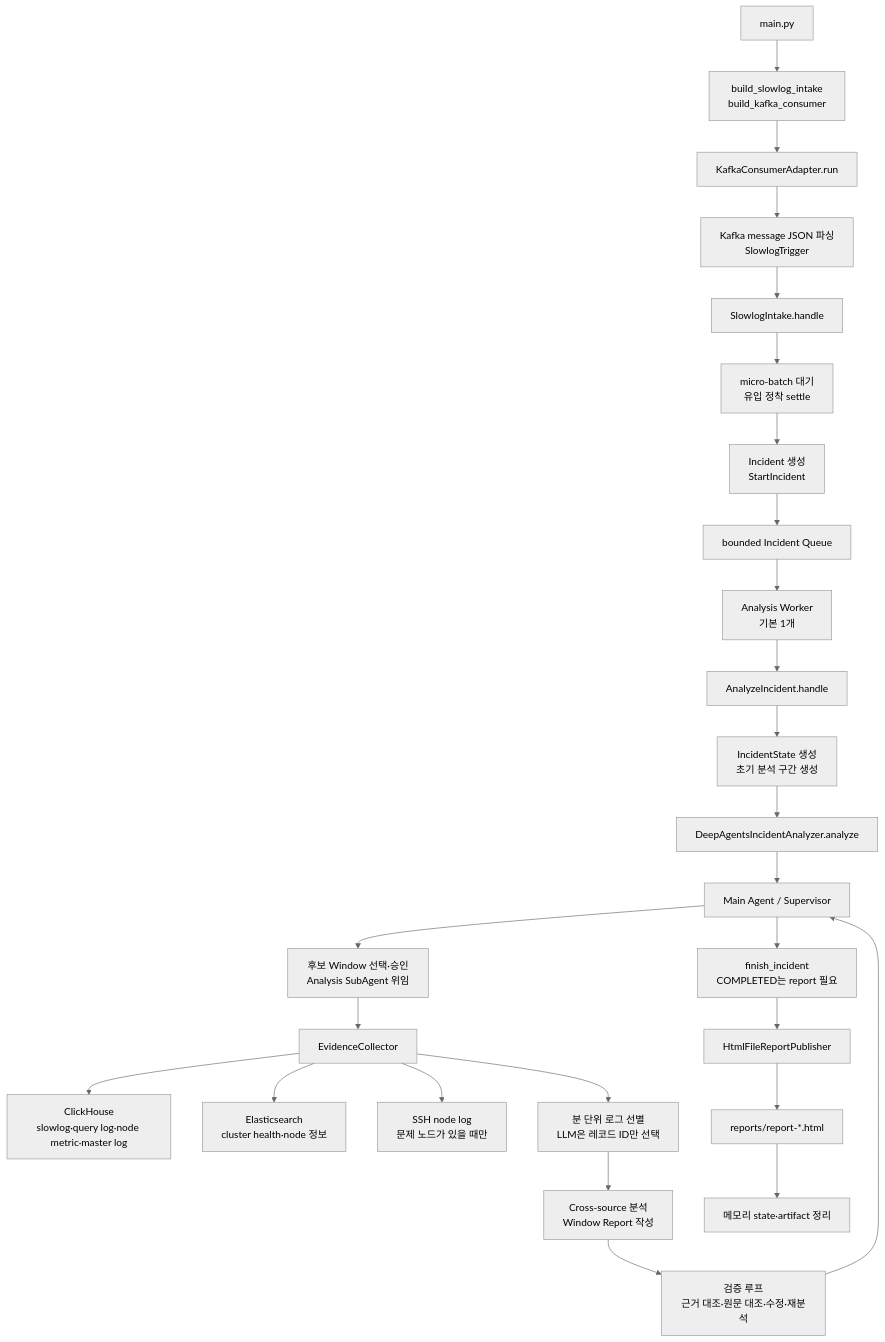
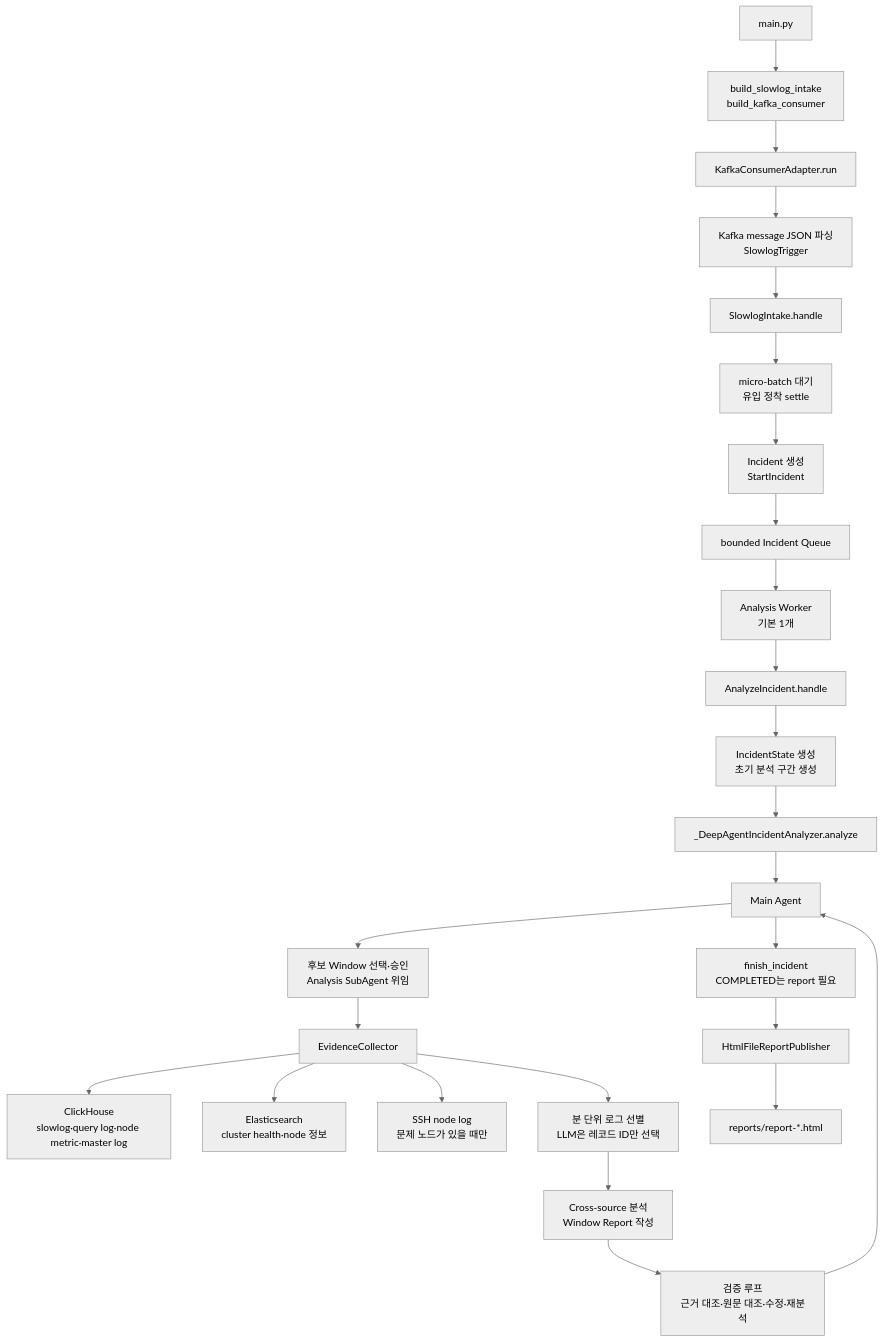
Before and after one commit to BaektotheFuture98/ClusterDoctor: the diagram in README.md, drawn with Mermaid (neutral theme). The commit also changed other lines of this file and 209 other files, not shown here.

````diff
--- a/README.md
+++ b/README.md
@@ -263,28 +263,27 @@
 ```mermaid
 flowchart TD
     A[main.py] --> B[build_slowlog_intake<br/>build_kafka_consumer]
     B --> C[KafkaConsumerAdapter.run]
     C --> D[Kafka message JSON 파싱<br/>SlowlogTrigger]
     D --> E[SlowlogIntake.handle]
     E --> F[micro-batch 대기<br/>유입 정착 settle]
     F --> G[Incident 생성<br/>StartIncident]
     G --> GQ[bounded Incident Queue]
     GQ --> GW[Analysis Worker<br/>기본 1개]
     GW --> H[AnalyzeIncident.handle]
     H --> I[IncidentState 생성<br/>초기 분석 구간 생성]
-    I --> J[DeepAgentsIncidentAnalyzer.analyze]
-    J --> K[Main Agent / Supervisor]
+    I --> J[_DeepAgentIncidentAnalyzer.analyze]
+    J --> K[Main Agent]
     K --> L[후보 Window 선택·승인<br/>Analysis SubAgent 위임]
     L --> M[EvidenceCollector]
     M --> N[ClickHouse<br/>slowlog·query log·node metric·master log]
     M --> O[Elasticsearch<br/>cluster health·node 정보]
     M --> P[SSH node log<br/>문제 노드가 있을 때만]
     M --> Q[분 단위 로그 선별<br/>LLM은 레코드 ID만 선택]
     Q --> R[Cross-source 분석<br/>Window Report 작성]
     R --> S[검증 루프<br/>근거 대조·원문 대조·수정·재분석]
     S --> K
     K --> SF[finish_incident<br/>COMPLETED는 report 필요]
     SF --> U[HtmlFileReportPublisher]
     U --> V[reports/report-*.html]
-    V --> W[메모리 state·artifact 정리]
 ```
````
